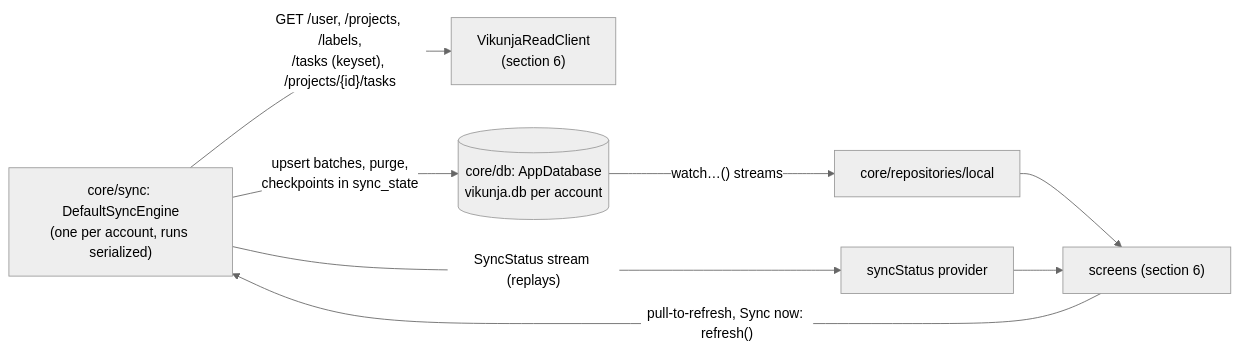
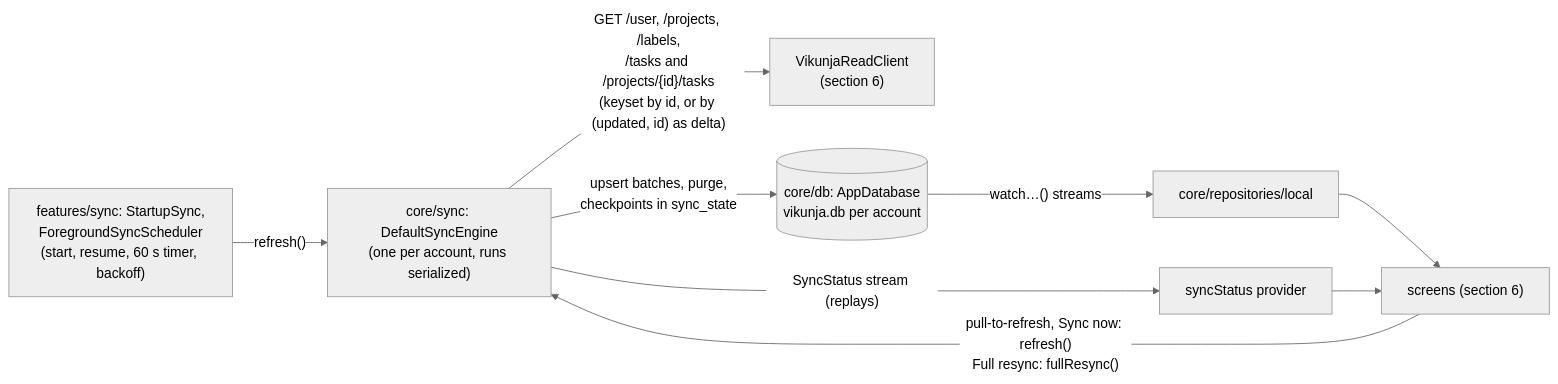
One commit to coderoftime/vikunja-app-ci-test changed the sixth of 7 diagrams in docs/architecture.md. Above: the diagram before and after it, drawn with Mermaid (neutral theme). The commit also changed other lines of this file and 41 other files, not shown here.

First line of the commit message:
feat: incremental sync with delete reconciliation and foreground triggers

````diff
--- a/docs/architecture.md
+++ b/docs/architecture.md
@@ -429,10 +429,11 @@
 ```mermaid
 flowchart LR
-  ENGINE["core/sync: DefaultSyncEngine<br/>(one per account, runs serialized)"] -- "GET /user, /projects, /labels,<br/>/tasks (keyset), /projects/{id}/tasks" --> PORTS["VikunjaReadClient<br/>(section 6)"]
+  ENGINE["core/sync: DefaultSyncEngine<br/>(one per account, runs serialized)"] -- "GET /user, /projects, /labels,<br/>/tasks and /projects/{id}/tasks<br/>(keyset by id, or by (updated, id) as delta)" --> PORTS["VikunjaReadClient<br/>(section 6)"]
   ENGINE -- "upsert batches, purge,<br/>checkpoints in sync_state" --> DB[("core/db: AppDatabase<br/>vikunja.db per account")]
   ENGINE -- "SyncStatus stream (replays)" --> STATUS["syncStatus provider"]
   DB -- "watch…() streams" --> LOCAL["core/repositories/local"]
   LOCAL --> UI["screens (section 6)"]
   STATUS --> UI
-  UI -- "pull-to-refresh, Sync now: refresh()" --> ENGINE
+  UI -- "pull-to-refresh, Sync now: refresh()<br/>Full resync: fullResync()" --> ENGINE
+  SCHED["features/sync: StartupSync,<br/>ForegroundSyncScheduler<br/>(start, resume, 60 s timer, backoff)"] -- "refresh()" --> ENGINE
 ```
````
